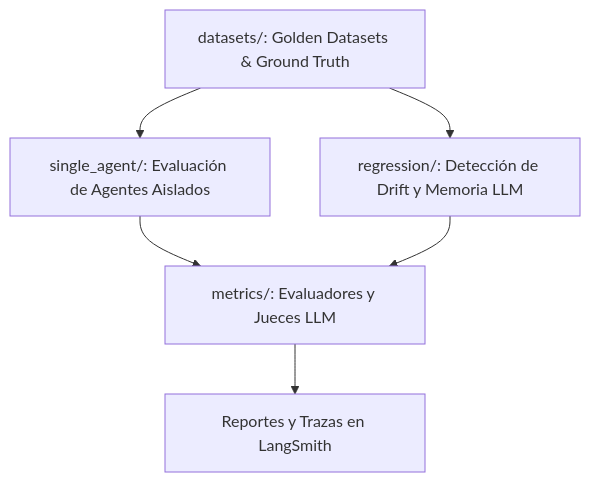
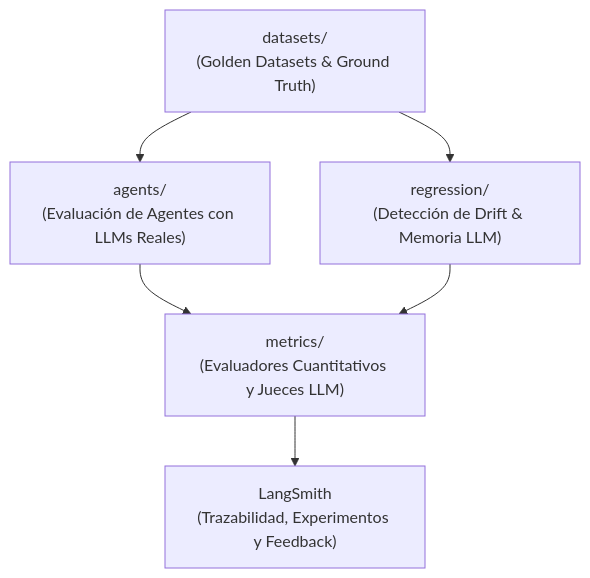
The diagram in tests/evals/README.md (santiFie/Bulk-Importation-Workflow), drawn with Mermaid before and after one commit. The commit also changed other lines of this file and 8 other files, not shown here.

````diff
--- a/tests/evals/README.md
+++ b/tests/evals/README.md
@@ -23,8 +23,8 @@
 ```mermaid
 flowchart TD
-    D[datasets/: Golden Datasets & Ground Truth] --> SA[single_agent/: Evaluación de Agentes Aislados]
-    D --> R[regression/: Detección de Drift y Memoria LLM]
-    SA --> M[metrics/: Evaluadores y Jueces LLM]
+    D["datasets/\n(Golden Datasets & Ground Truth)"] --> AG["agents/\n(Evaluación de Agentes con LLMs Reales)"]
+    D --> R["regression/\n(Detección de Drift & Memoria LLM)"]
+    AG --> M["metrics/\n(Evaluadores Cuantitativos y Jueces LLM)"]
     R --> M
-    M --> REP[Reportes y Trazas en LangSmith]
+    M --> LS["LangSmith\n(Trazabilidad, Experimentos y Feedback)"]
 ```
````
